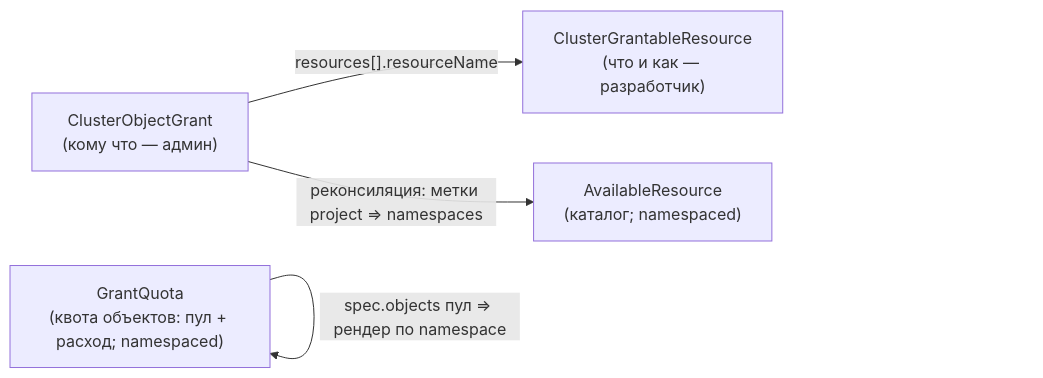
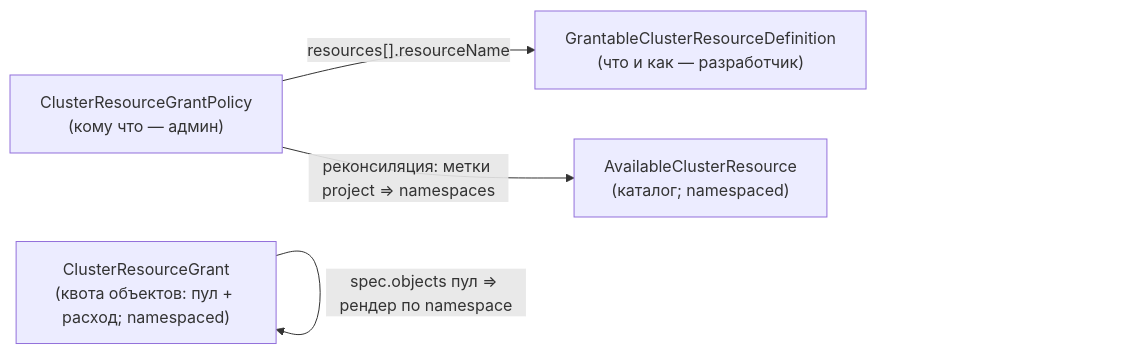
Before and after one commit to deckhouse/deckhouse: the second of 4 diagrams in modules/160-multitenancy-manager/docs/internal/CLUSTER_OBJECT_GRANTS_DESIGN_RU.md, drawn with Mermaid. The commit also changed other lines of this file and 45 other files, not shown here.

First line of the commit message:
[multitenancy-manager] rename CRDs to cluster-resource terminology

````diff
--- a/modules/160-multitenancy-manager/docs/internal/CLUSTER_OBJECT_GRANTS_DESIGN_RU.md
+++ b/modules/160-multitenancy-manager/docs/internal/CLUSTER_OBJECT_GRANTS_DESIGN_RU.md
@@ -104,10 +104,10 @@
 ```mermaid
 flowchart LR
-  COG["ClusterObjectGrant<br/>(кому что — админ)"]
-  CGR["ClusterGrantableResource<br/>(что и как — разработчик)"]
-  AR["AvailableResource<br/>(каталог; namespaced)"]
-  GQ["GrantQuota<br/>(квота объектов: пул + расход; namespaced)"]
+  COG["ClusterResourceGrantPolicy<br/>(кому что — админ)"]
+  CGR["GrantableClusterResourceDefinition<br/>(что и как — разработчик)"]
+  AR["AvailableClusterResource<br/>(каталог; namespaced)"]
+  GQ["ClusterResourceGrant<br/>(квота объектов: пул + расход; namespaced)"]
   COG -- "resources[].resourceName" --> CGR
   COG -- "реконсиляция: метки project ⇒ namespaces" --> AR
   GQ -- "spec.objects пул ⇒ рендер по namespace" --> GQ
 ```
````
